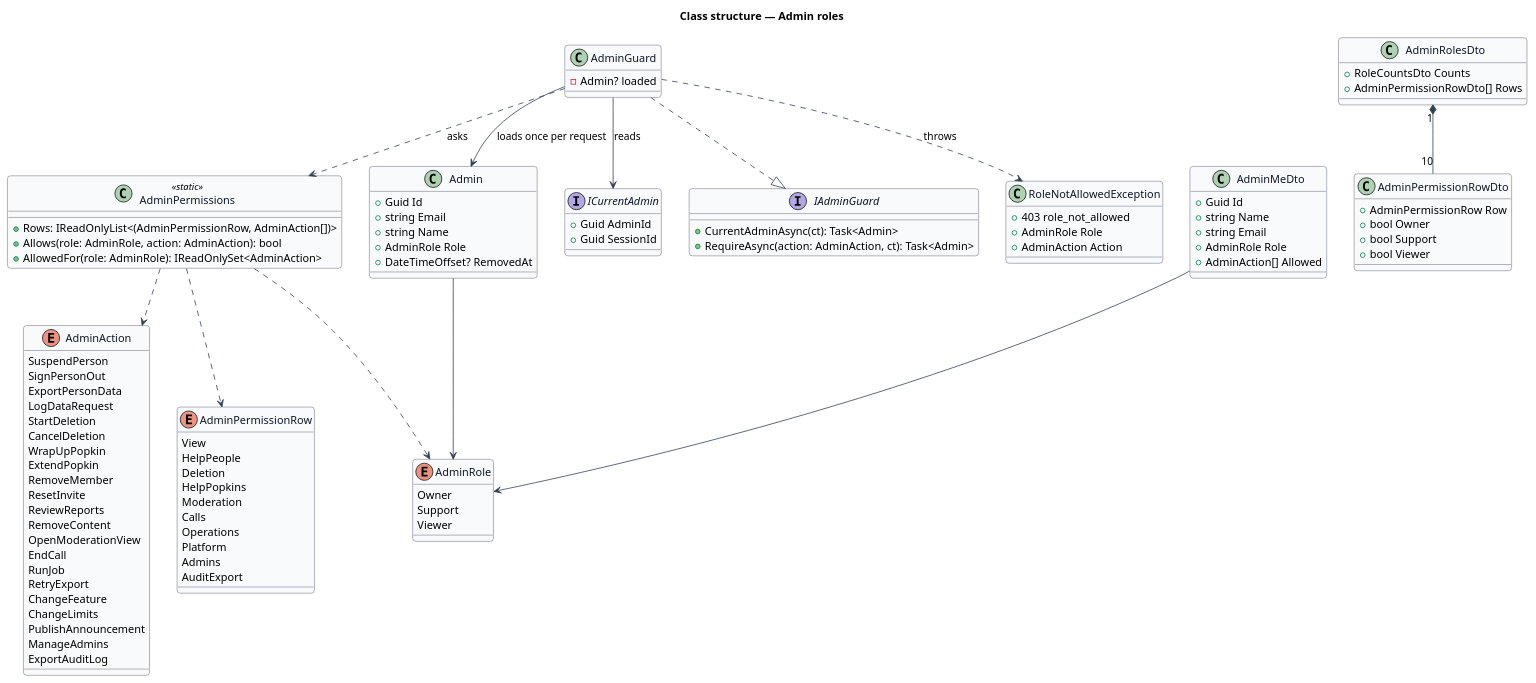
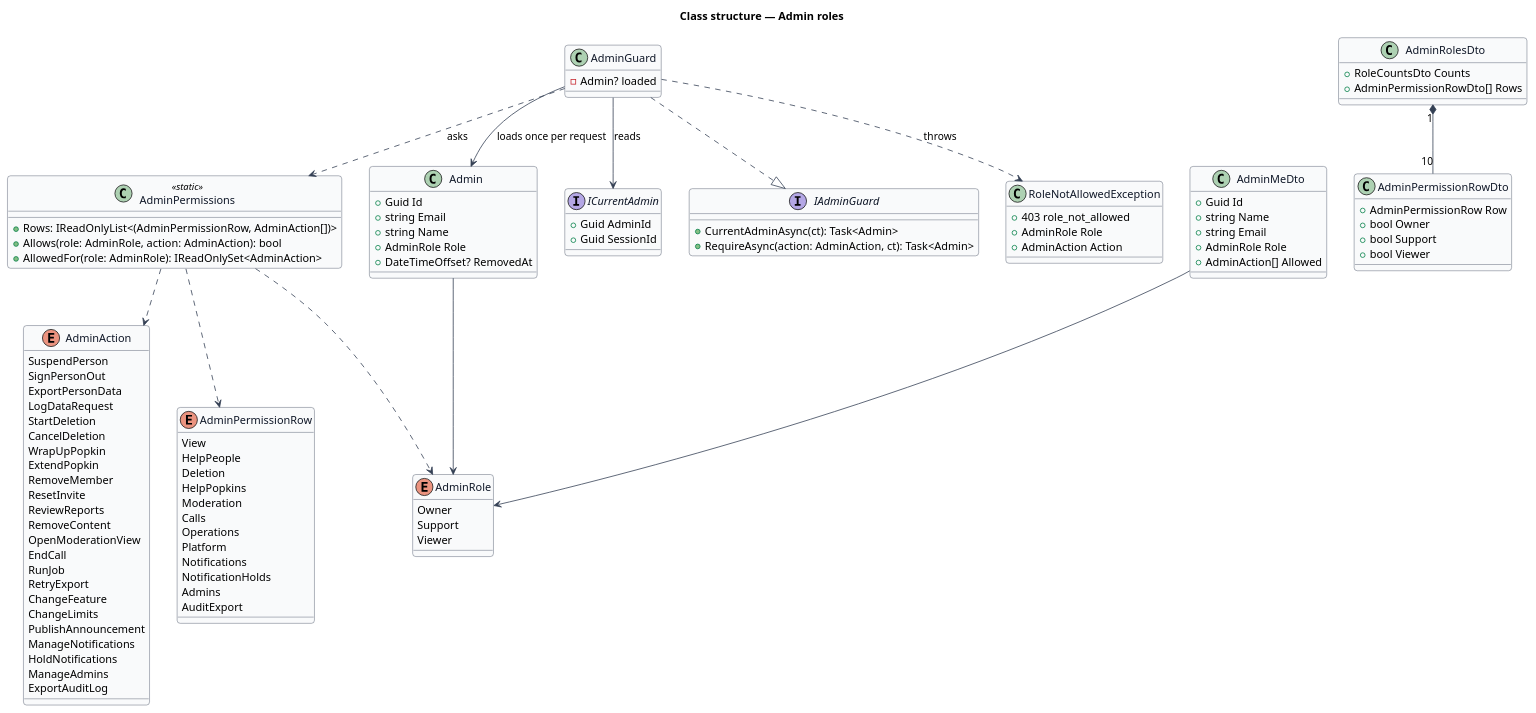
Before and after one commit to QuinntyneBrown/popkin: the diagram in docs/detailed-designs/admin-access/admin-roles/diagrams/class-structure.puml, drawn with PlantUML. The commit also changed 186 other files, not shown here.

```diff
--- a/docs/detailed-designs/admin-access/admin-roles/diagrams/class-structure.puml
+++ b/docs/detailed-designs/admin-access/admin-roles/diagrams/class-structure.puml
@@ -1,112 +1,116 @@
 @startuml
 ' --- shared skin header ---
 skinparam backgroundColor #FFFFFF
 skinparam shadowing false
 skinparam roundcorner 8
 skinparam defaultFontName Arial
 skinparam ArrowColor #344054
 skinparam class {
   BorderColor #344054
   FontColor #101828
   BackgroundColor #F9FAFB
 }
 ' --------------------------
 title Class structure — Admin roles
 
 enum AdminRole {
   Owner
   Support
   Viewer
 }
 enum AdminAction {
   SuspendPerson
   SignPersonOut
   ExportPersonData
   LogDataRequest
   StartDeletion
   CancelDeletion
   WrapUpPopkin
   ExtendPopkin
   RemoveMember
   ResetInvite
   ReviewReports
   RemoveContent
   OpenModerationView
   EndCall
   RunJob
   RetryExport
   ChangeFeature
   ChangeLimits
   PublishAnnouncement
+  ManageNotifications
+  HoldNotifications
   ManageAdmins
   ExportAuditLog
 }
 enum AdminPermissionRow {
   View
   HelpPeople
   Deletion
   HelpPopkins
   Moderation
   Calls
   Operations
   Platform
+  Notifications
+  NotificationHolds
   Admins
   AuditExport
 }
 class AdminPermissions <<static>> {
   +Rows: IReadOnlyList<(AdminPermissionRow, AdminAction[])>
   +Allows(role: AdminRole, action: AdminAction): bool
   +AllowedFor(role: AdminRole): IReadOnlySet<AdminAction>
 }
 class Admin {
   +Guid Id
   +string Email
   +string Name
   +AdminRole Role
   +DateTimeOffset? RemovedAt
 }
 interface ICurrentAdmin {
   +Guid AdminId
   +Guid SessionId
 }
 interface IAdminGuard {
   +CurrentAdminAsync(ct): Task<Admin>
   +RequireAsync(action: AdminAction, ct): Task<Admin>
 }
 class AdminGuard {
   -Admin? loaded
 }
 class RoleNotAllowedException {
   +403 role_not_allowed
   +AdminRole Role
   +AdminAction Action
 }
 class AdminMeDto {
   +Guid Id
   +string Name
   +string Email
   +AdminRole Role
   +AdminAction[] Allowed
 }
 class AdminRolesDto {
   +RoleCountsDto Counts
   +AdminPermissionRowDto[] Rows
 }
 class AdminPermissionRowDto {
   +AdminPermissionRow Row
   +bool Owner
   +bool Support
   +bool Viewer
 }
 Admin --> AdminRole
 AdminPermissions ..> AdminRole
 AdminPermissions ..> AdminAction
 AdminPermissions ..> AdminPermissionRow
 AdminGuard ..|> IAdminGuard
 AdminGuard --> ICurrentAdmin : reads
 AdminGuard --> Admin : loads once per request
 AdminGuard ..> AdminPermissions : asks
 AdminGuard ..> RoleNotAllowedException : throws
 AdminMeDto --> AdminRole
 AdminRolesDto "1" *-- "10" AdminPermissionRowDto
 @enduml
```
